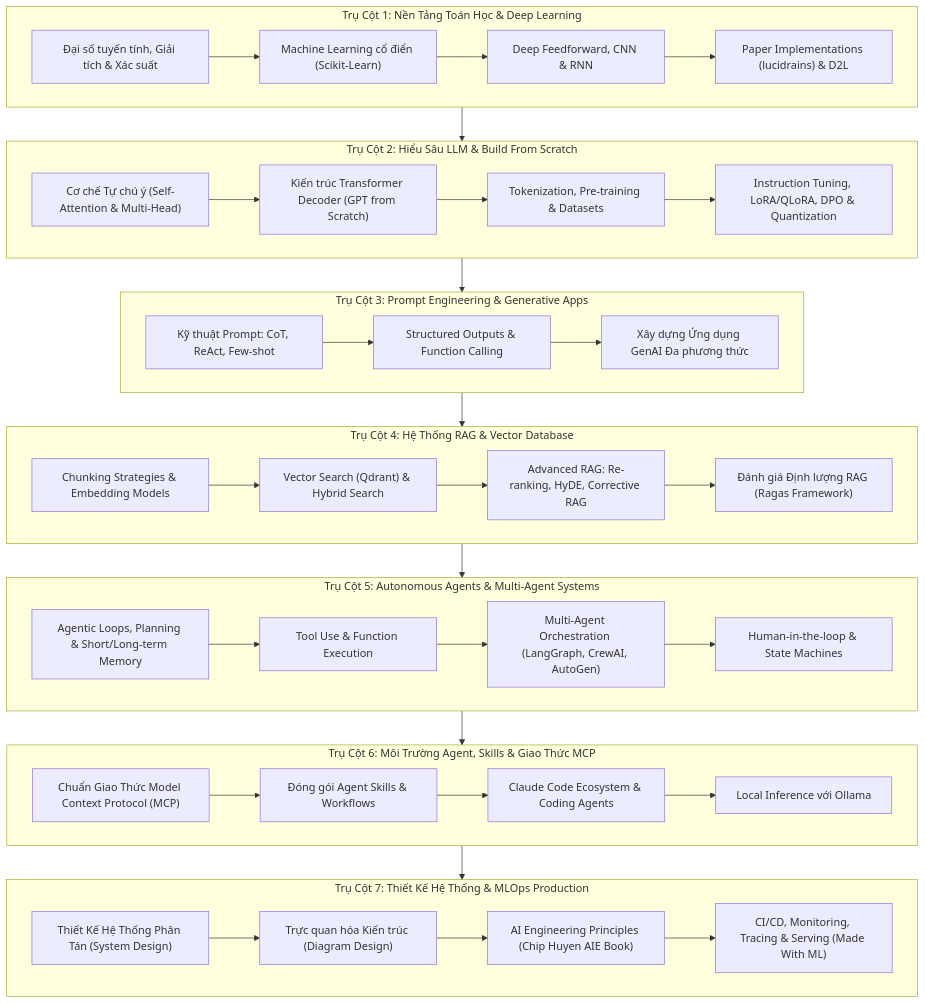
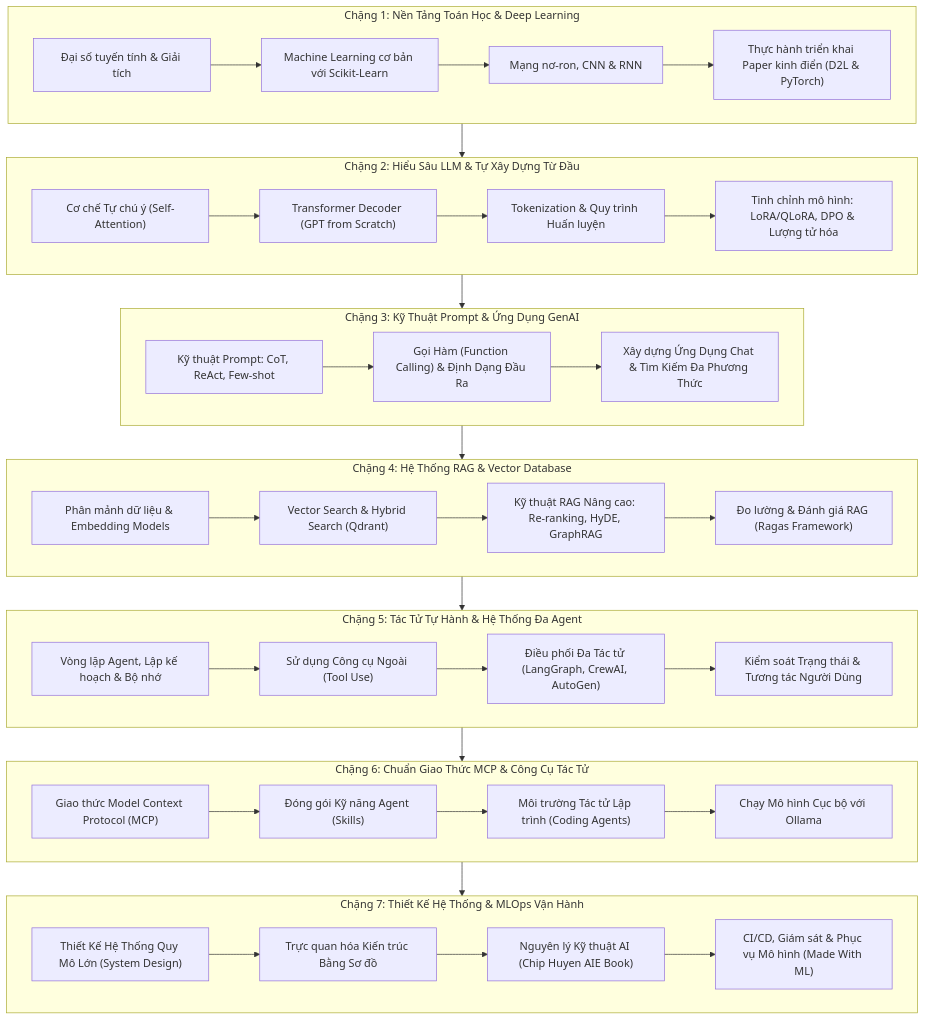
The first of 2 diagrams in README.md (ngophatneknha/ai-engineering-hub), drawn with Mermaid before and after one commit. The commit also changed other lines of this file, not shown here.

Commit message:
docs: Refine README with personal self-study and community sharing tone (accented Vietnamese, diagrams intact, no emojis)

````diff
--- a/README.md
+++ b/README.md
@@ -75,50 +88,50 @@
 ```mermaid
 flowchart TD
-    subgraph Pillar1["Trụ Cột 1: Nền Tảng Toán Học & Deep Learning"]
-        A1["Đại số tuyến tính, Giải tích & Xác suất"] --> A2["Machine Learning cổ điển (Scikit-Learn)"]
-        A2 --> A3["Deep Feedforward, CNN & RNN"]
-        A3 --> A4["Paper Implementations (lucidrains) & D2L"]
+    subgraph Stage1["Chặng 1: Nền Tảng Toán Học & Deep Learning"]
+        A1["Đại số tuyến tính & Giải tích"] --> A2["Machine Learning cơ bản với Scikit-Learn"]
+        A2 --> A3["Mạng nơ-ron, CNN & RNN"]
+        A3 --> A4["Thực hành triển khai Paper kinh điển (D2L & PyTorch)"]
     end
 
-    subgraph Pillar2["Trụ Cột 2: Hiểu Sâu LLM & Build From Scratch"]
-        B1["Cơ chế Tự chú ý (Self-Attention & Multi-Head)"] --> B2["Kiến trúc Transformer Decoder (GPT from Scratch)"]
-        B2 --> B3["Tokenization, Pre-training & Datasets"]
-        B3 --> B4["Instruction Tuning, LoRA/QLoRA, DPO & Quantization"]
+    subgraph Stage2["Chặng 2: Hiểu Sâu LLM & Tự Xây Dựng Từ Đầu"]
+        B1["Cơ chế Tự chú ý (Self-Attention)"] --> B2["Transformer Decoder (GPT from Scratch)"]
+        B2 --> B3["Tokenization & Quy trình Huấn luyện"]
+        B3 --> B4["Tinh chỉnh mô hình: LoRA/QLoRA, DPO & Lượng tử hóa"]
     end
 
-    subgraph Pillar3["Trụ Cột 3: Prompt Engineering & Generative Apps"]
-        C1["Kỹ thuật Prompt: CoT, ReAct, Few-shot"] --> C2["Structured Outputs & Function Calling"]
-        C2 --> C3["Xây dựng Ứng dụng GenAI Đa phương thức"]
+    subgraph Stage3["Chặng 3: Kỹ Thuật Prompt & Ứng Dụng GenAI"]
+        C1["Kỹ thuật Prompt: CoT, ReAct, Few-shot"] --> C2["Gọi Hàm (Function Calling) & Định Dạng Đầu Ra"]
+        C2 --> C3["Xây dựng Ứng Dụng Chat & Tìm Kiếm Đa Phương Thức"]
     end
 
-    subgraph Pillar4["Trụ Cột 4: Hệ Thống RAG & Vector Database"]
-        D1["Chunking Strategies & Embedding Models"] --> D2["Vector Search (Qdrant) & Hybrid Search"]
-        D2 --> D3["Advanced RAG: Re-ranking, HyDE, Corrective RAG"]
-        D3 --> D4["Đánh giá Định lượng RAG (Ragas Framework)"]
+    subgraph Stage4["Chặng 4: Hệ Thống RAG & Vector Database"]
+        D1["Phân mảnh dữ liệu & Embedding Models"] --> D2["Vector Search & Hybrid Search (Qdrant)"]
+        D2 --> D3["Kỹ thuật RAG Nâng cao: Re-ranking, HyDE, GraphRAG"]
+        D3 --> D4["Đo lường & Đánh giá RAG (Ragas Framework)"]
     end
 
-    subgraph Pillar5["Trụ Cột 5: Autonomous Agents & Multi-Agent Systems"]
-        E1["Agentic Loops, Planning & Short/Long-term Memory"] --> E2["Tool Use & Function Execution"]
-        E2 --> E3["Multi-Agent Orchestration (LangGraph, CrewAI, AutoGen)"]
-        E3 --> E4["Human-in-the-loop & State Machines"]
+    subgraph Stage5["Chặng 5: Tác Tử Tự Hành & Hệ Thống Đa Agent"]
+        E1["Vòng lặp Agent, Lập kế hoạch & Bộ nhớ"] --> E2["Sử dụng Công cụ Ngoài (Tool Use)"]
+        E2 --> E3["Điều phối Đa Tác tử (LangGraph, CrewAI, AutoGen)"]
+        E3 --> E4["Kiểm soát Trạng thái & Tương tác Người Dùng"]
     end
 
-    subgraph Pillar6["Trụ Cột 6: Môi Trường Agent, Skills & Giao Thức MCP"]
-        F1["Chuẩn Giao Thức Model Context Protocol (MCP)"] --> F2["Đóng gói Agent Skills & Workflows"]
-        F2 --> F3["Claude Code Ecosystem & Coding Agents"]
-        F3 --> F4["Local Inference với Ollama"]
+    subgraph Stage6["Chặng 6: Chuẩn Giao Thức MCP & Công Cụ Tác Tử"]
+        F1["Giao thức Model Context Protocol (MCP)"] --> F2["Đóng gói Kỹ năng Agent (Skills)"]
+        F2 --> F3["Môi trường Tác tử Lập trình (Coding Agents)"]
+        F3 --> F4["Chạy Mô hình Cục bộ với Ollama"]
     end
 
-    subgraph Pillar7["Trụ Cột 7: Thiết Kế Hệ Thống & MLOps Production"]
-        G1["Thiết Kế Hệ Thống Phân Tán (System Design)"] --> G2["Trực quan hóa Kiến trúc (Diagram Design)"]
-        G2 --> G3["AI Engineering Principles (Chip Huyen AIE Book)"]
-        G3 --> G4["CI/CD, Monitoring, Tracing & Serving (Made With ML)"]
+    subgraph Stage7["Chặng 7: Thiết Kế Hệ Thống & MLOps Vận Hành"]
+        G1["Thiết Kế Hệ Thống Quy Mô Lớn (System Design)"] --> G2["Trực quan hóa Kiến trúc Bằng Sơ đồ"]
+        G2 --> G3["Nguyên lý Kỹ thuật AI (Chip Huyen AIE Book)"]
+        G3 --> G4["CI/CD, Giám sát & Phục vụ Mô hình (Made With ML)"]
     end
 
-    Pillar1 --> Pillar2
-    Pillar2 --> Pillar3
-    Pillar3 --> Pillar4
-    Pillar4 --> Pillar5
-    Pillar5 --> Pillar6
-    Pillar6 --> Pillar7
+    Stage1 --> Stage2
+    Stage2 --> Stage3
+    Stage3 --> Stage4
+    Stage4 --> Stage5
+    Stage5 --> Stage6
+    Stage6 --> Stage7
 ```
````
